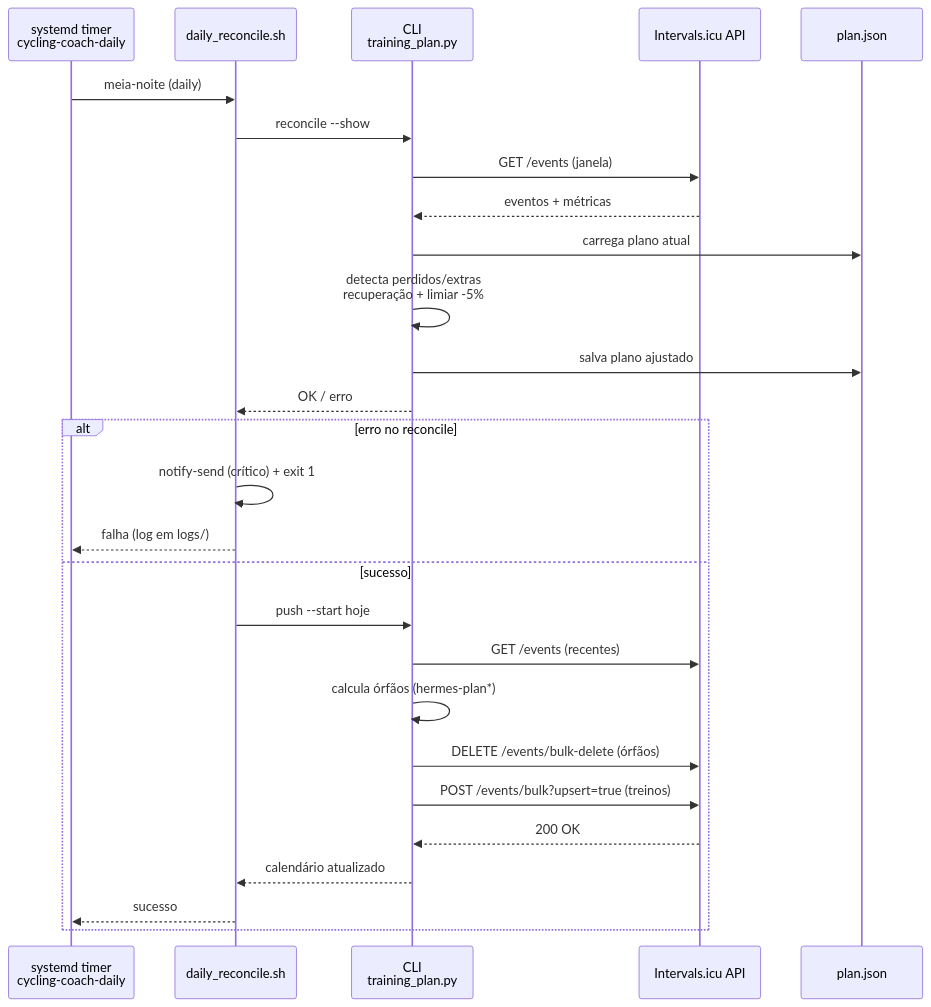
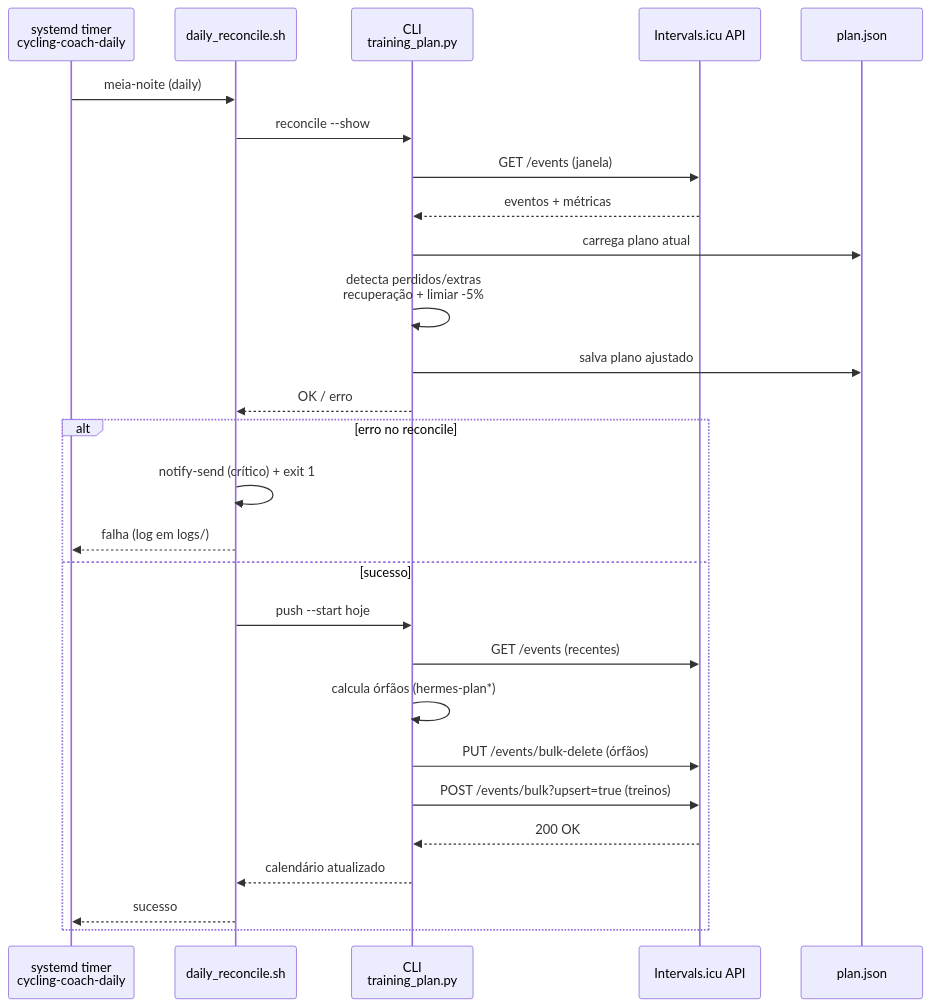
One commit to valdelin/Hermes-coach changed the second of 6 diagrams in docs/DIAGRAMAS.md. Above: the diagram before and after it, drawn with Mermaid. The commit also changed other lines of this file and 9 other files, not shown here.

First line of the commit message:
docs(diagramas): diagramas alinhados ao codigo atual (v0.0.29, 374 testes)

````diff
--- a/docs/DIAGRAMAS.md
+++ b/docs/DIAGRAMAS.md
@@ -96,30 +96,30 @@
 ```mermaid
 sequenceDiagram
     participant T as systemd timer<br/>cycling-coach-daily
     participant S as daily_reconcile.sh
     participant C as CLI<br/>training_plan.py
     participant I as Intervals.icu API
     participant P as plan.json
 
     T->>S: meia-noite (daily)
     S->>C: reconcile --show
     C->>I: GET /events (janela)
     I-->>C: eventos + métricas
     C->>P: carrega plano atual
     C->>C: detecta perdidos/extras<br/>recuperação + limiar -5%
     C->>P: salva plano ajustado
     C-->>S: OK / erro
     alt erro no reconcile
         S->>S: notify-send (crítico) + exit 1
         S-->>T: falha (log em logs/)
     else sucesso
         S->>C: push --start hoje
         C->>I: GET /events (recentes)
         C->>C: calcula órfãos (hermes-plan*)
-        C->>I: DELETE /events/bulk-delete (órfãos)
+        C->>I: PUT /events/bulk-delete (órfãos)
         C->>I: POST /events/bulk?upsert=true (treinos)
         I-->>C: 200 OK
         C-->>S: calendário atualizado
         S-->>T: sucesso
     end
 ```
````
